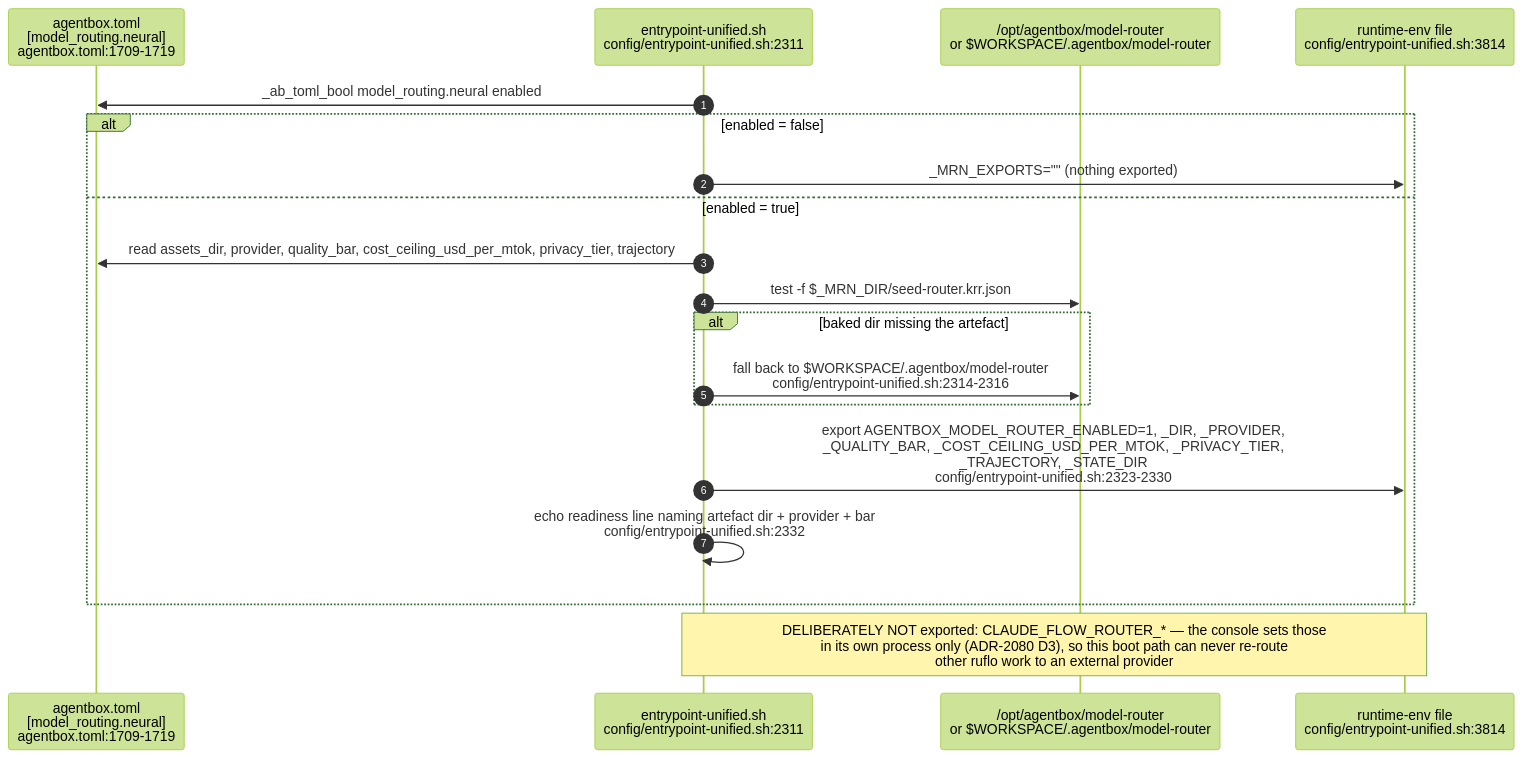
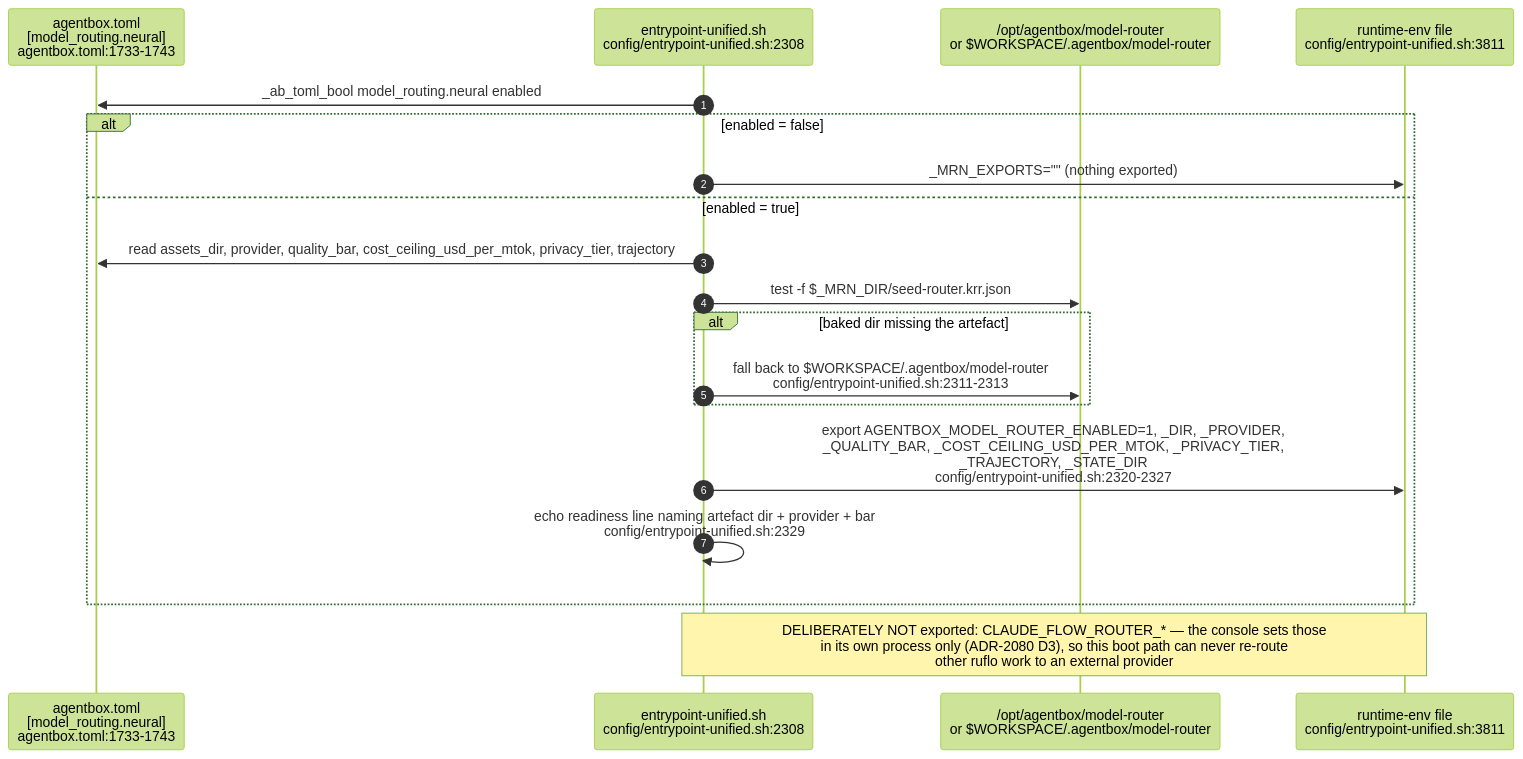
One commit to DreamLab-AI/VisionFlow changed the second of 9 diagrams in docs/diagrams/agentbox/29-metaharness-router-console.md. Above: the diagram before and after it, drawn with Mermaid (forest theme). The commit also changed other lines of this file and 145 other files, not shown here.

````diff
--- a/docs/diagrams/agentbox/29-metaharness-router-console.md
+++ b/docs/diagrams/agentbox/29-metaharness-router-console.md
@@ -66,22 +69,22 @@
 ```mermaid
 sequenceDiagram
     autonumber
-    participant TOML as agentbox.toml<br/>[model_routing.neural]<br/>agentbox.toml:1709-1719
-    participant EP as entrypoint-unified.sh<br/>config/entrypoint-unified.sh:2311
+    participant TOML as agentbox.toml<br/>[model_routing.neural]<br/>agentbox.toml:1733-1743
+    participant EP as entrypoint-unified.sh<br/>config/entrypoint-unified.sh:2308
     participant DISK as /opt/agentbox/model-router<br/>or $WORKSPACE/.agentbox/model-router
-    participant ENV as runtime-env file<br/>config/entrypoint-unified.sh:3814
+    participant ENV as runtime-env file<br/>config/entrypoint-unified.sh:3811
 
     EP->>TOML: _ab_toml_bool model_routing.neural enabled
     alt enabled = false
         EP->>ENV: _MRN_EXPORTS="" (nothing exported)
     else enabled = true
         EP->>TOML: read assets_dir, provider, quality_bar, cost_ceiling_usd_per_mtok, privacy_tier, trajectory
         EP->>DISK: test -f $_MRN_DIR/seed-router.krr.json
         alt baked dir missing the artefact
-            EP->>DISK: fall back to $WORKSPACE/.agentbox/model-router<br/>config/entrypoint-unified.sh:2314-2316
+            EP->>DISK: fall back to $WORKSPACE/.agentbox/model-router<br/>config/entrypoint-unified.sh:2311-2313
         end
-        EP->>ENV: export AGENTBOX_MODEL_ROUTER_ENABLED=1, _DIR, _PROVIDER,<br/>_QUALITY_BAR, _COST_CEILING_USD_PER_MTOK, _PRIVACY_TIER,<br/>_TRAJECTORY, _STATE_DIR<br/>config/entrypoint-unified.sh:2323-2330
-        EP->>EP: echo readiness line naming artefact dir + provider + bar<br/>config/entrypoint-unified.sh:2332
+        EP->>ENV: export AGENTBOX_MODEL_ROUTER_ENABLED=1, _DIR, _PROVIDER,<br/>_QUALITY_BAR, _COST_CEILING_USD_PER_MTOK, _PRIVACY_TIER,<br/>_TRAJECTORY, _STATE_DIR<br/>config/entrypoint-unified.sh:2320-2327
+        EP->>EP: echo readiness line naming artefact dir + provider + bar<br/>config/entrypoint-unified.sh:2329
     end
     Note over EP,ENV: DELIBERATELY NOT exported: CLAUDE_FLOW_ROUTER_* — the console sets those<br/>in its own process only (ADR-2080 D3), so this boot path can never re-route<br/>other ruflo work to an external provider
 ```
````
